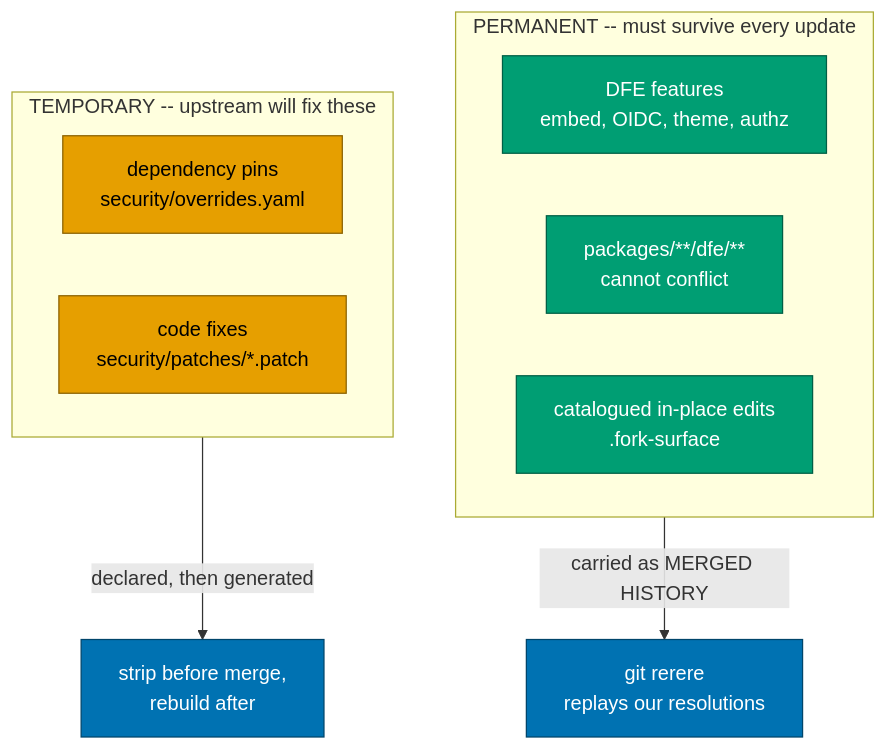
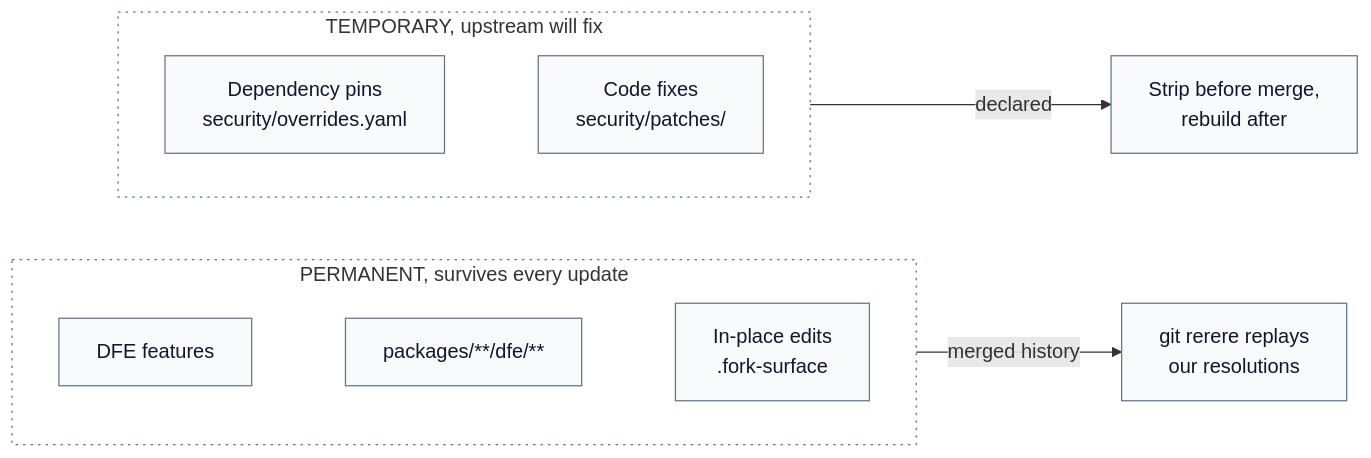
One commit to hyperi-io/dfe-hyperdx changed the first of 3 diagrams in docs/fork/sync-cycle.md. Above: the diagram before and after it, drawn with Mermaid. The commit also changed other lines of this file and 24 other files, not shown here.

First line of the commit message:
docs(hyperdx): fix claims and redraw the fork docs diagrams

````diff
--- a/docs/fork/sync-cycle.md
+++ b/docs/fork/sync-cycle.md
@@ -16,23 +19,30 @@
 ```mermaid
-flowchart TB
-    subgraph permanent["PERMANENT -- must survive every update"]
-        feat["DFE features<br/>embed, OIDC, theme, authz"]
-        dfedir["packages/**/dfe/**<br/>cannot conflict"]
-        inplace["catalogued in-place edits<br/>.fork-surface"]
+flowchart LR
+    accTitle: L4 Detail -- Permanent and temporary content
+    accDescr: Permanent content, the DFE features, the dfe directories and the catalogued in-place edits, is carried as merged history and git rerere replays its resolutions. Temporary content, the dependency pins and code patches, is declared, stripped before a merge and rebuilt after.
+
+    subgraph permanent["PERMANENT, survives every update"]
+        direction LR
+        feat["DFE features"]
+        dfedir["packages/**/dfe/**"]
+        inplace["In-place edits<br/>.fork-surface"]
+        feat ~~~ dfedir ~~~ inplace
     end
 
-    subgraph temporary["TEMPORARY -- upstream will fix these"]
-        pins["dependency pins<br/>security/overrides.yaml"]
-        patches["code fixes<br/>security/patches/*.patch"]
+    subgraph temporary["TEMPORARY, upstream will fix"]
+        direction LR
+        pins["Dependency pins<br/>security/overrides.yaml"]
+        patches["Code fixes<br/>security/patches/"]
+        pins ~~~ patches
     end
 
-    permanent -->|carried as MERGED HISTORY| rerere["git rerere<br/>replays our resolutions"]
-    temporary -->|declared, then generated| gen["strip before merge,<br/>rebuild after"]
+    rerere["git rerere replays<br/>our resolutions"]
+    gen["Strip before merge,<br/>rebuild after"]
 
-    classDef keep fill:#009E73,stroke:#005f45,color:#ffffff
-    classDef temp fill:#E69F00,stroke:#8a6100,color:#000000
-    classDef mech fill:#0072B2,stroke:#00456b,color:#ffffff
-    class feat,dfedir,inplace keep
-    class pins,patches temp
-    class rerere,gen mech
+    permanent -->|merged history| rerere
+    temporary -->|declared| gen
+
+    classDef default fill:#F8FAFC,stroke:#64748B,stroke-width:1px,color:#0F172A
+    classDef group fill:none,stroke:#64748B,stroke-width:1px,stroke-dasharray:2 4
+    class permanent,temporary group
 ```
````
